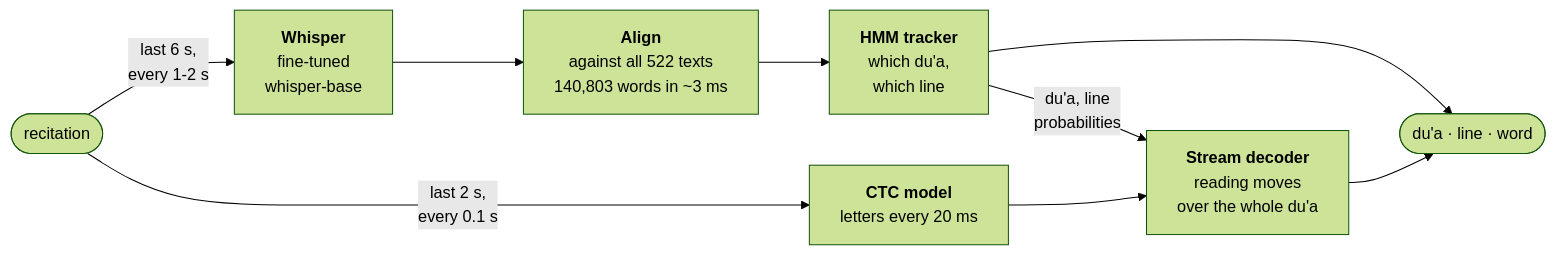
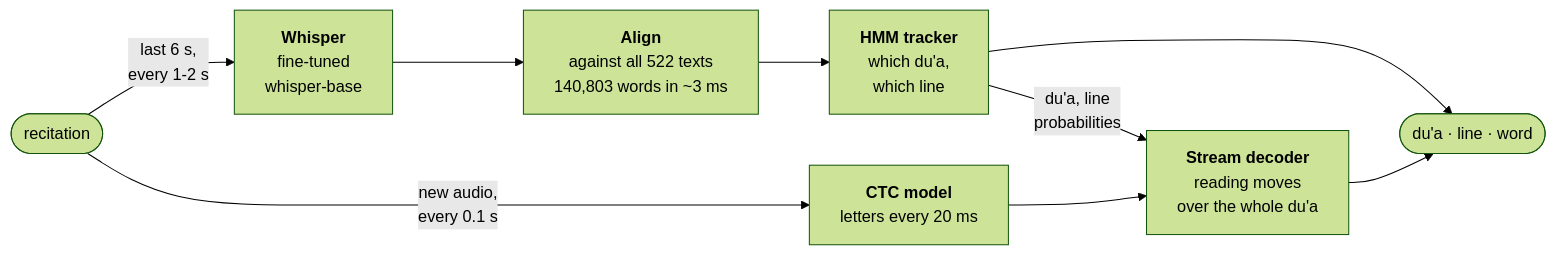
The diagram in README.md (Hasan-Mehdi/dua-recognition), drawn with Mermaid (forest theme) before and after one commit. The commit also changed other lines of this file and 23 other files, not shown here.

````diff
--- a/README.md
+++ b/README.md
@@ -88,11 +93,11 @@
 ```mermaid
 flowchart LR
     A(["recitation"]) -- "last 6 s,<br/>every 1-2 s" --> B["<b>Whisper</b><br/>fine-tuned<br/>whisper-base"]
     B --> C["<b>Align</b><br/>against all 522 texts<br/>140,803 words in ~3 ms"]
     C --> D["<b>HMM tracker</b><br/>which du'a,<br/>which line"]
     D --> E(["du'a · line · word"])
-    A -- "last 2 s,<br/>every 0.1 s" --> F["<b>CTC model</b><br/>letters every 20 ms"]
+    A -- "new audio,<br/>every 0.1 s" --> F["<b>CTC model</b><br/>letters every 20 ms"]
     F --> G["<b>Stream decoder</b><br/>reading moves<br/>over the whole du'a"]
     D -- "du'a, line<br/>probabilities" --> G
     G --> E
 ```
````
